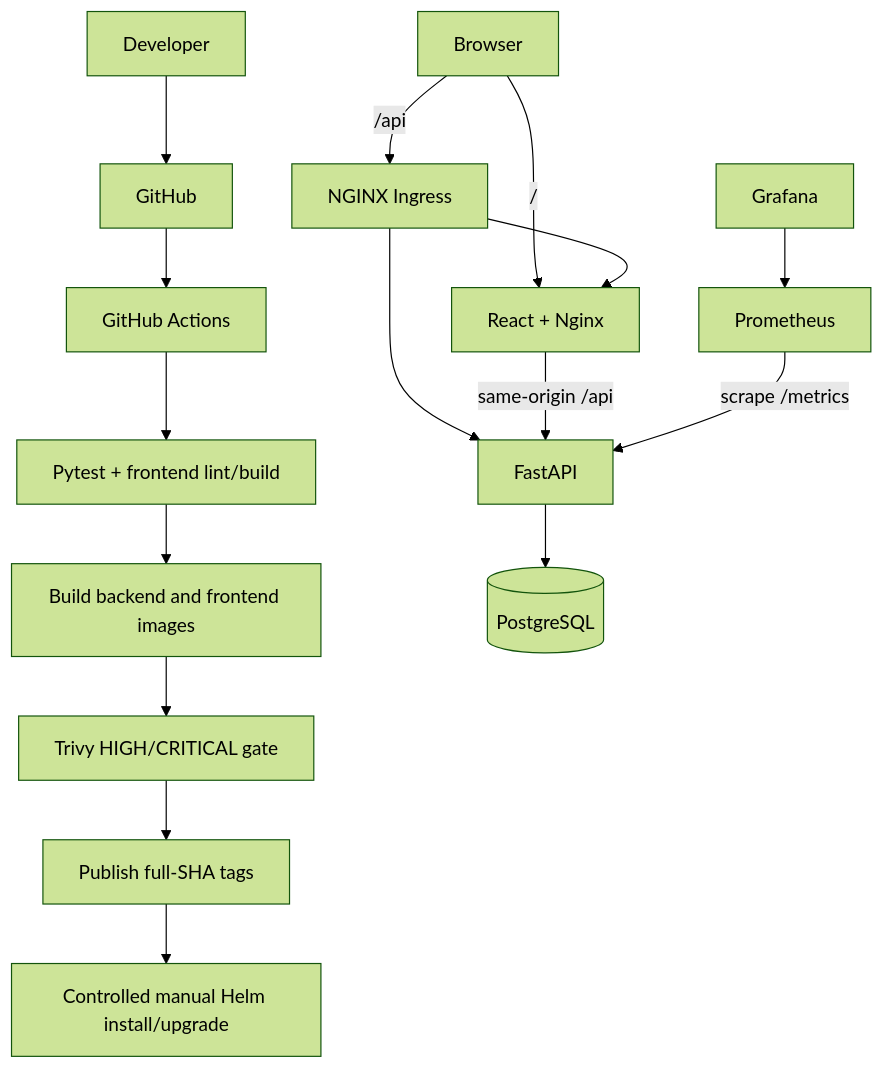
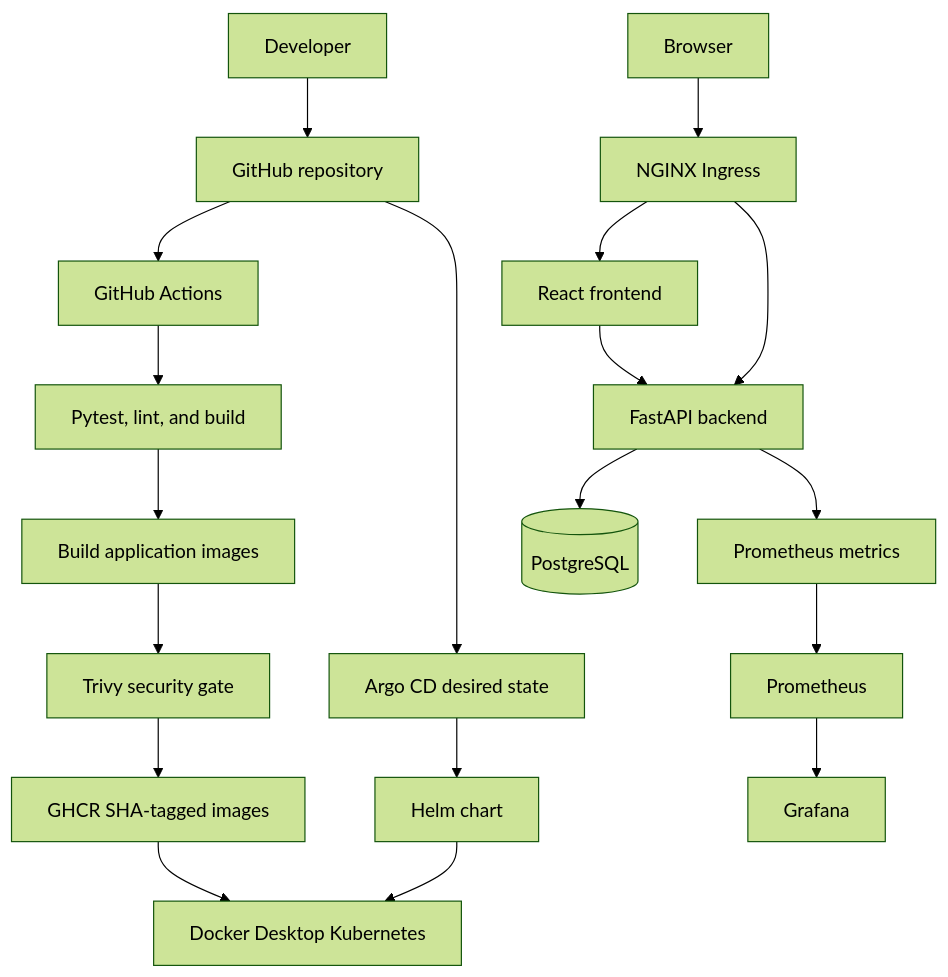
One commit to Aana-1025/incidentops-devops-capstone changed the first of 3 diagrams in ARCHITECTURE.md. Above: the diagram before and after it, drawn with Mermaid (forest theme). The commit also changed other lines of this file and 4 other files, not shown here.

Commit message:
feat(gitops): add Argo CD local deployment flow

````diff
--- a/ARCHITECTURE.md
+++ b/ARCHITECTURE.md
@@ -9,19 +9,23 @@
 ```mermaid
 flowchart TB
-    Developer --> GitHub
-    GitHub --> Actions[GitHub Actions]
-    Actions --> Quality[Pytest + frontend lint/build]
-    Quality --> Images[Build backend and frontend images]
-    Images --> Trivy[Trivy HIGH/CRITICAL gate]
-    Trivy --> GHCR[Publish full-SHA tags]
-    GHCR --> Helm[Controlled manual Helm install/upgrade]
+    Developer["Developer"] --> GitHub["GitHub repository"]
+    GitHub --> Actions["GitHub Actions"]
+    Actions --> Quality["Pytest, lint, and build"]
+    Quality --> Images["Build application images"]
+    Images --> Trivy["Trivy security gate"]
+    Trivy --> GHCR["GHCR SHA-tagged images"]
 
-    Browser -->|/| Frontend[React + Nginx]
-    Browser -->|/api| Ingress[NGINX Ingress]
-    Ingress --> Frontend
-    Ingress --> Backend[FastAPI]
-    Frontend -->|same-origin /api| Backend
-    Backend --> PostgreSQL[(PostgreSQL)]
-    Prometheus -->|scrape /metrics| Backend
-    Grafana --> Prometheus
+    GitHub --> ArgoCD["Argo CD desired state"]
+    ArgoCD --> Helm["Helm chart"]
+    Helm --> LocalK8s["Docker Desktop Kubernetes"]
+    GHCR --> LocalK8s
+
+    Browser["Browser"] --> Ingress["NGINX Ingress"]
+    Ingress --> Frontend["React frontend"]
+    Ingress --> Backend["FastAPI backend"]
+    Frontend --> Backend
+    Backend --> PostgreSQL[("PostgreSQL")]
+    Backend --> Metrics["Prometheus metrics"]
+    Metrics --> Prometheus["Prometheus"]
+    Prometheus --> Grafana["Grafana"]
 ```
````
